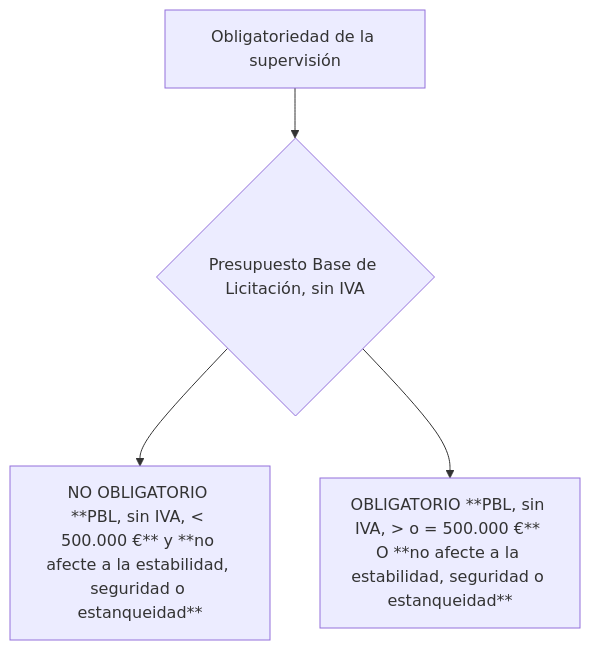
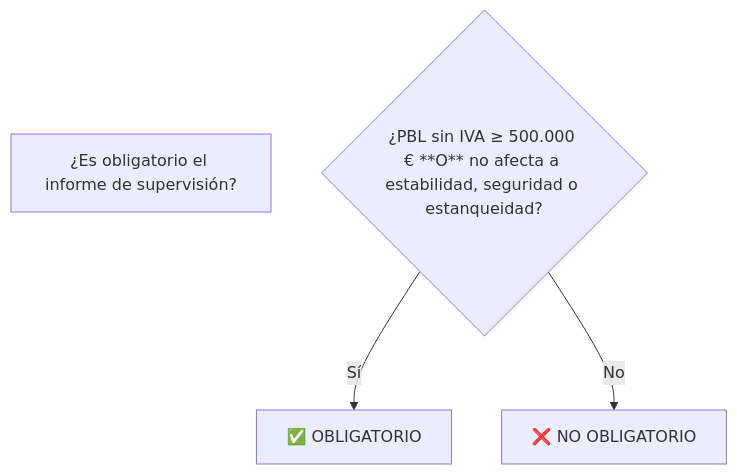
Before and after one commit to jose8david/presentacion: the second of 2 diagrams in presentacion2.md, drawn with Mermaid. The commit also changed other lines of this file, not shown here.

````diff
--- a/presentacion2.md
+++ b/presentacion2.md
@@ -72,6 +72,8 @@
 ```mermaid
-graph TD
-    A[Obligatoriedad de la supervisión] --> B{Presupuesto Base de Licitación, sin IVA}
-    B --> C[ NO OBLIGATORIO **PBL, sin IVA, < 500.000 €** y **no afecte a la estabilidad, seguridad o estanqueidad**]
-    B --> D[ OBLIGATORIO **PBL, sin IVA, > o = 500.000 €** O **no afecte a la estabilidad, seguridad o estanqueidad**]
+ graph TD
+    A[¿Es obligatorio el informe de supervisión?]
+    B{¿PBL sin IVA ≥ 500.000 € **O** no afecta a estabilidad, seguridad o estanqueidad?}
+    B -- Sí --> C[✅ OBLIGATORIO]
+    B -- No --> D[❌ NO OBLIGATORIO] 
+
 ```
````
